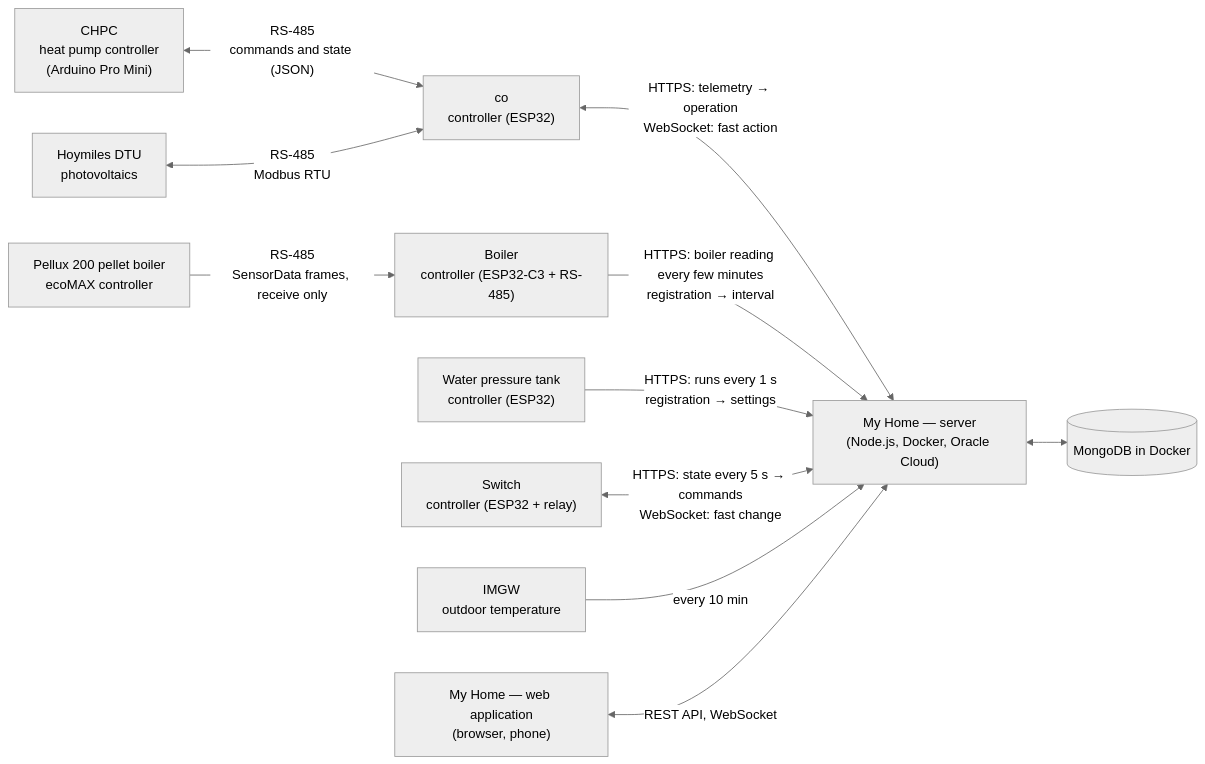
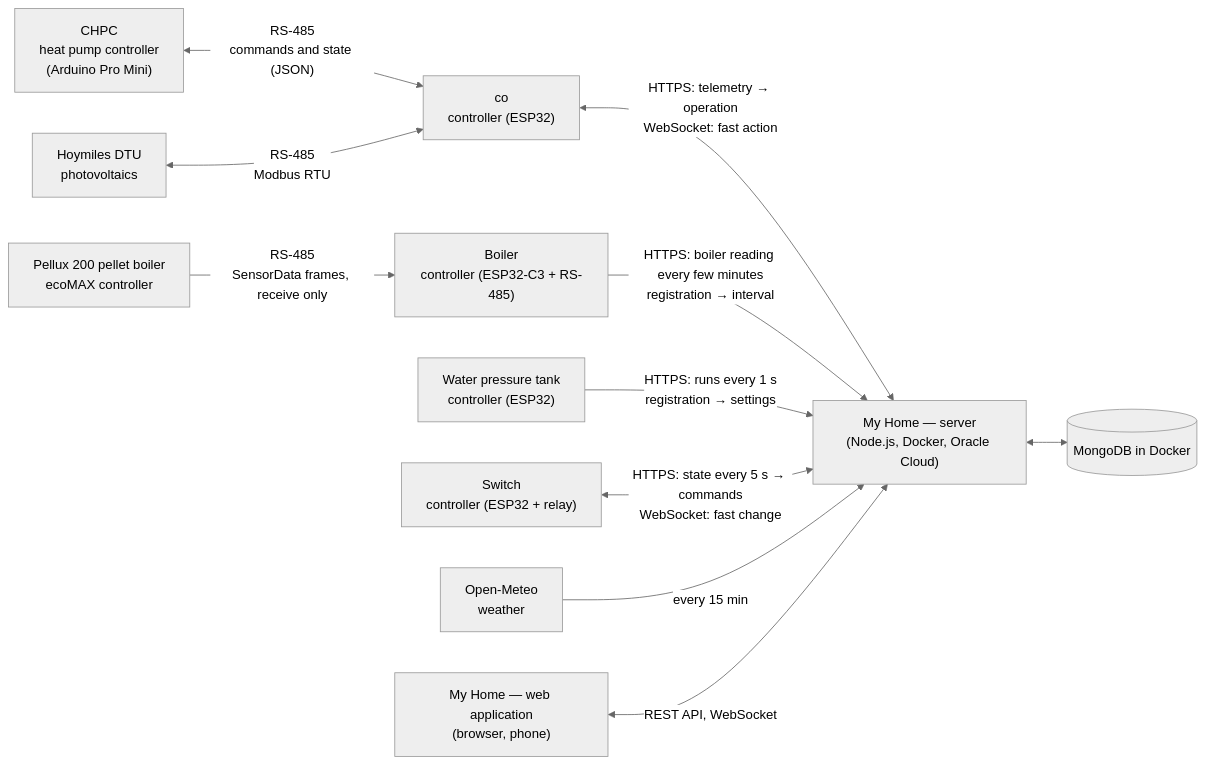
The diagram in docs/en/README.md (robertorlowski/my-home), drawn with Mermaid (neutral theme) before and after one commit. The commit also changed other lines of this file and 14 other files, not shown here.

````diff
--- a/docs/en/README.md
+++ b/docs/en/README.md
@@ -18,25 +18,25 @@
 ```mermaid
 flowchart LR
     CHPC["CHPC<br/>heat pump controller<br/>(Arduino Pro Mini)"]
     DTU["Hoymiles DTU<br/>photovoltaics"]
     CO["co<br/>controller (ESP32)"]
     ECO["Pellux 200 pellet boiler<br/>ecoMAX controller"]
     PEL["Boiler<br/>controller (ESP32-C3 + RS-485)"]
     HYD["Water pressure tank<br/>controller (ESP32)"]
     SW["Switch<br/>controller (ESP32 + relay)"]
     SRV["My Home — server<br/>(Node.js, Docker, Oracle Cloud)"]
     DB[("MongoDB in Docker")]
     WEB["My Home — web application<br/>(browser, phone)"]
-    IMGW["IMGW<br/>outdoor temperature"]
+    OM["Open-Meteo<br/>weather"]
 
     CHPC <-- "RS-485<br/>commands and state (JSON)" --> CO
     DTU <-- "RS-485<br/>Modbus RTU" --> CO
     ECO -- "RS-485<br/>SensorData frames, receive only" --> PEL
     CO <-- "HTTPS: telemetry → operation<br/>WebSocket: fast action" --> SRV
     PEL -- "HTTPS: boiler reading every few minutes<br/>registration → interval" --> SRV
     HYD -- "HTTPS: runs every 1 s<br/>registration → settings" --> SRV
     SW <-- "HTTPS: state every 5 s → commands<br/>WebSocket: fast change" --> SRV
-    IMGW -- "every 10 min" --> SRV
+    OM -- "every 15 min" --> SRV
     SRV <--> DB
     WEB <-- "REST API, WebSocket" --> SRV
 ```
````
